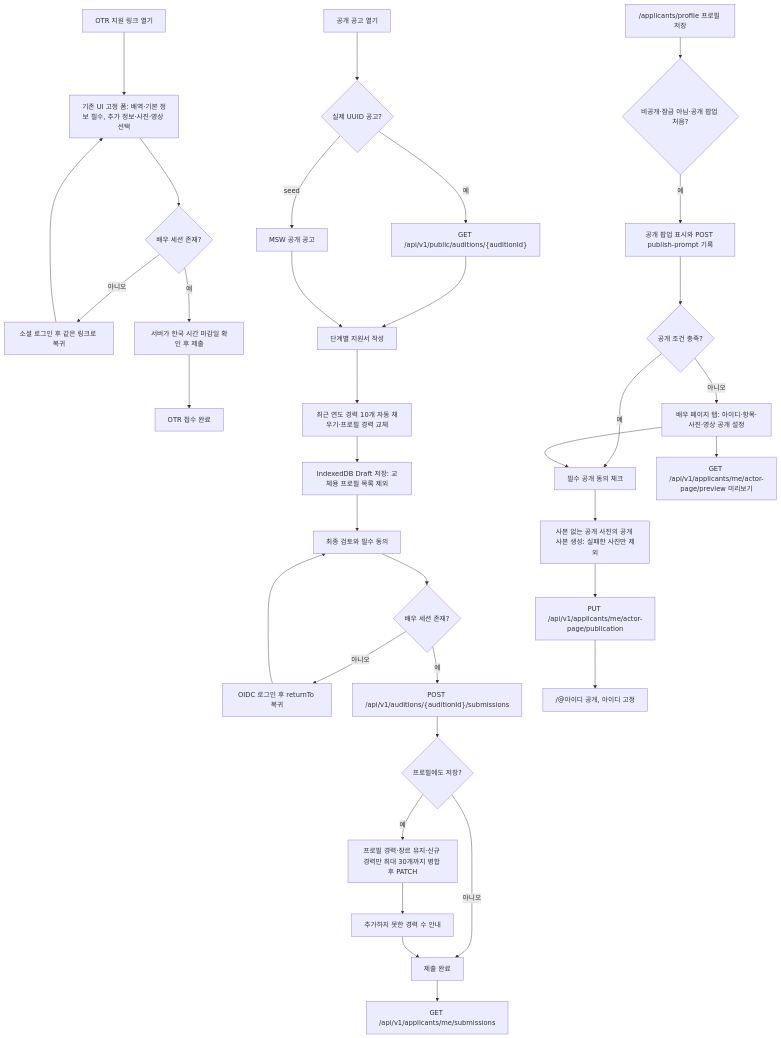
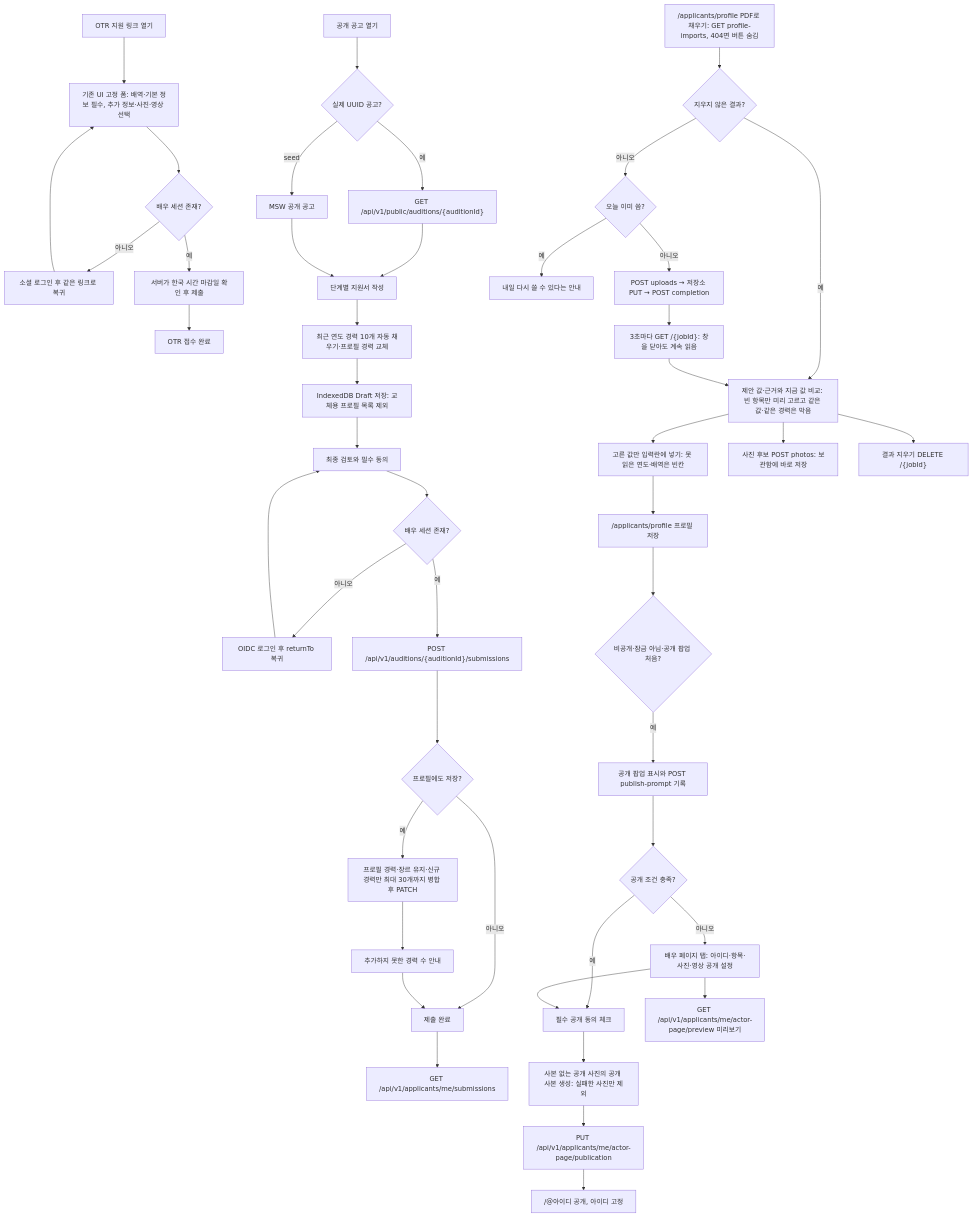
One commit to woowacourse-teams/2026-yesulin changed the diagram in frontend/docs/user-flows/applicant.mmd. Above: the diagram before and after it, drawn with Mermaid. The commit also changed 30 other files, not shown here.

First line of the commit message:
feat: 배우 PDF 프로필 채우기 화면과 동시 요청 한도 보완 (#417)

```diff
--- a/frontend/docs/user-flows/applicant.mmd
+++ b/frontend/docs/user-flows/applicant.mmd
@@ -1,35 +1,46 @@
 flowchart TD
     OTR_LINK["OTR 지원 링크 열기"] --> OTR_FORM["기존 UI 고정 폼: 배역·기본 정보 필수, 추가 정보·사진·영상 선택"]
     OTR_FORM --> OTR_LOGIN{"배우 세션 존재?"}
     OTR_LOGIN -- 아니오 --> OTR_AUTH["소셜 로그인 후 같은 링크로 복귀"]
     OTR_AUTH --> OTR_FORM
     OTR_LOGIN -- 예 --> OTR_SUBMIT["서버가 한국 시간 마감일 확인 후 제출"]
     OTR_SUBMIT --> OTR_DONE["OTR 접수 완료"]
     OPEN["공개 공고 열기"] --> LOAD{"실제 UUID 공고?"}
     LOAD -- 예 --> REAL["GET /api/v1/public/auditions/{auditionId}"]
     LOAD -- seed --> MOCK["MSW 공개 공고"]
     REAL --> WRITE["단계별 지원서 작성"]
     MOCK --> WRITE
     WRITE --> CAREER["최근 연도 경력 10개 자동 채우기·프로필 경력 교체"]
     CAREER --> DRAFT["IndexedDB Draft 저장: 교체용 프로필 목록 제외"]
     DRAFT --> REVIEW["최종 검토와 필수 동의"]
     REVIEW --> AUTH{"배우 세션 존재?"}
     AUTH -- 아니오 --> LOGIN["OIDC 로그인 후 returnTo 복귀"]
     LOGIN --> REVIEW
     AUTH -- 예 --> SUBMIT["POST /api/v1/auditions/{auditionId}/submissions"]
     SUBMIT --> PROFILE{"프로필에도 저장?"}
     PROFILE -- 예 --> PATCH["프로필 경력·장르 유지·신규 경력만 최대 30개까지 병합 후 PATCH"]
     PROFILE -- 아니오 --> DONE["제출 완료"]
     PATCH --> OVERFLOW["추가하지 못한 경력 수 안내"]
     OVERFLOW --> DONE
     DONE --> HISTORY["GET /api/v1/applicants/me/submissions"]
+    PDF_OPEN["/applicants/profile PDF로 채우기: GET profile-imports, 404면 버튼 숨김"] --> PDF_STATE{"지우지 않은 결과?"}
+    PDF_STATE -- 아니오 --> PDF_LIMIT{"오늘 이미 씀?"}
+    PDF_LIMIT -- 예 --> PDF_TOMORROW["내일 다시 쓸 수 있다는 안내"]
+    PDF_LIMIT -- 아니오 --> PDF_UPLOAD["POST uploads → 저장소 PUT → POST completion"]
+    PDF_UPLOAD --> PDF_POLL["3초마다 GET /{jobId}: 창을 닫아도 계속 읽음"]
+    PDF_STATE -- 예 --> PDF_RESULT
+    PDF_POLL --> PDF_RESULT["제안 값·근거와 지금 값 비교: 빈 항목만 미리 고르고 같은 값·같은 경력은 막음"]
+    PDF_RESULT --> PDF_APPLY["고른 값만 입력란에 넣기: 못 읽은 연도·배역은 빈칸"]
+    PDF_APPLY --> PROFILE_SAVE
+    PDF_RESULT --> PDF_PHOTO["사진 후보 POST photos: 보관함에 바로 저장"]
+    PDF_RESULT --> PDF_CLOSE["결과 지우기 DELETE /{jobId}"]
     PROFILE_SAVE["/applicants/profile 프로필 저장"] --> PROMPT{"비공개·잠금 아님·공개 팝업 처음?"}
     PROMPT -- 예 --> PROMPT_SHOW["공개 팝업 표시와 POST publish-prompt 기록"]
     PROMPT_SHOW --> PROMPT_READY{"공개 조건 충족?"}
     PROMPT_READY -- 아니오 --> AP_TAB["배우 페이지 탭: 아이디·항목·사진·영상 공개 설정"]
     PROMPT_READY -- 예 --> AP_CONSENT["필수 공개 동의 체크"]
     AP_TAB --> AP_PREVIEW["GET /api/v1/applicants/me/actor-page/preview 미리보기"]
     AP_TAB --> AP_CONSENT
     AP_CONSENT --> AP_COPY["사본 없는 공개 사진의 공개 사본 생성: 실패한 사진만 제외"]
     AP_COPY --> AP_PUBLISH["PUT /api/v1/applicants/me/actor-page/publication"]
     AP_PUBLISH --> AP_PAGE["/@아이디 공개, 아이디 고정"]
```
